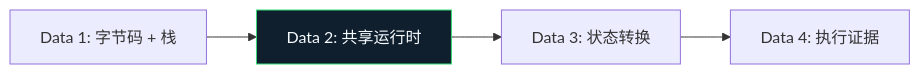
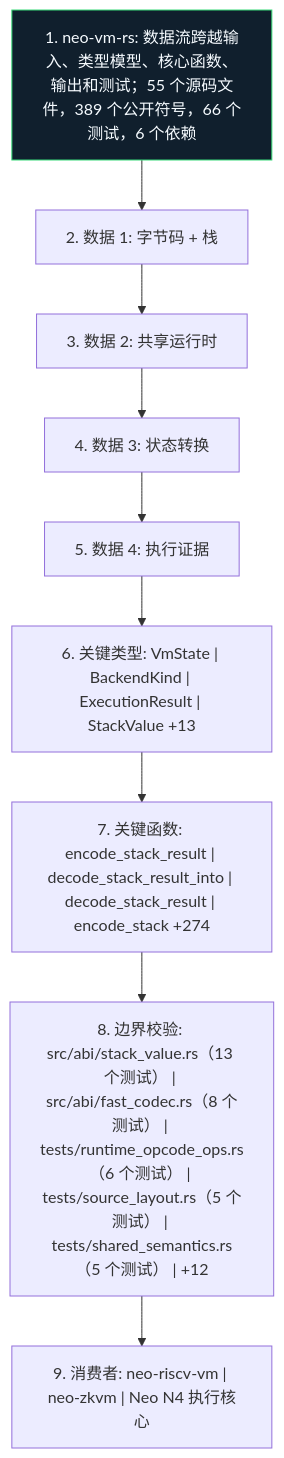
Before and after one commit to r3e-network/neo-vm-rs: the diagram in docs/figures/dataflow.zh.mmd, drawn with Mermaid. The commit also changed 43 other files, not shown here.

Commit message:
Deepen crate diagrams with source-aware atlas

```diff
--- a/docs/figures/dataflow.zh.mmd
+++ b/docs/figures/dataflow.zh.mmd
@@ -1,10 +1,20 @@
-flowchart LR
-    N1["Data 1: 字节码 + 栈"]
-    N2["Data 2: 共享运行时"]
-    N3["Data 3: 状态转换"]
-    N4["Data 4: 执行证据"]
+flowchart TB
+    N1["1. neo-vm-rs: 数据流跨越输入、类型模型、核心函数、输出和测试；55 个源码文件，389 个公开符号，66 个测试，6 个依赖"]
+    N2["2. 数据 1: 字节码 + 栈"]
+    N3["3. 数据 2: 共享运行时"]
+    N4["4. 数据 3: 状态转换"]
+    N5["5. 数据 4: 执行证据"]
+    N6["6. 关键类型: VmState | BackendKind | ExecutionResult | StackValue +13"]
+    N7["7. 关键函数: encode_stack_result | decode_stack_result_into | decode_stack_result | encode_stack +274"]
+    N8["8. 边界校验: src/abi/stack_value.rs（13 个测试） | src/abi/fast_codec.rs（8 个测试） | tests/runtime_opcode_ops.rs（6 个测试） | tests/source_layout.rs（5 个测试） | tests/shared_semantics.rs（5 个测试） | +12"]
+    N9["9. 消费者: neo-riscv-vm | neo-zkvm | Neo N4 执行核心"]
     N1 --> N2
     N2 --> N3
     N3 --> N4
+    N4 --> N5
+    N5 --> N6
+    N6 --> N7
+    N7 --> N8
+    N8 --> N9
     classDef crate fill:#101f2d,stroke:#38d978,color:#f6fbff
-    class N2 crate
+    class N1 crate
```
